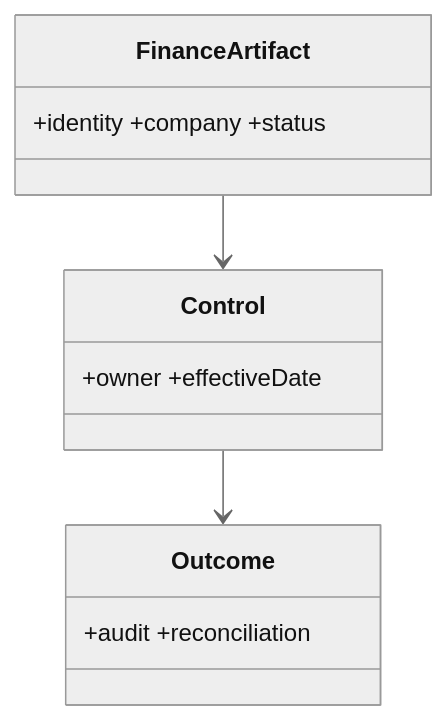
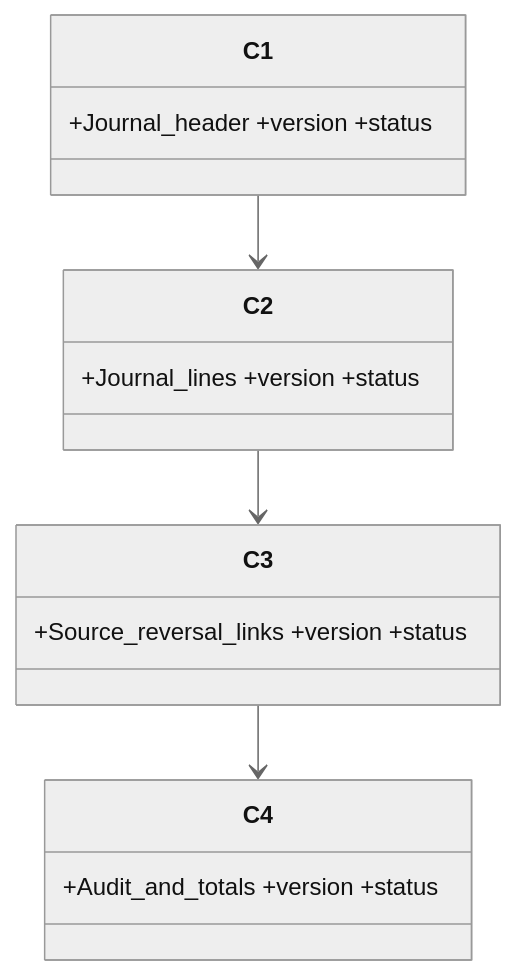
Before and after one commit to vakarkhan17/FlowCraft-Business-OS: the tenth of 46 diagrams in docs/blueprint/FCSB-Volume-14-Finance-Solution-Architecture.md, drawn with Mermaid (neutral theme). The commit also changed other lines of this file, not shown here.

Commit message:
docs(blueprint): rewrite FCSB Volume 14 finance architecture

```diff
--- a/docs/blueprint/FCSB-Volume-14-Finance-Solution-Architecture.md
+++ b/docs/blueprint/FCSB-Volume-14-Finance-Solution-Architecture.md
@@ -176,8 +188,10 @@
 ~~~mermaid
 classDiagram
-  class FinanceArtifact {+identity +company +status}
-  class Control {+owner +effectiveDate}
-  class Outcome {+audit +reconciliation}
-  FinanceArtifact --> Control
-  Control --> Outcome
+  class C1 {+Journal_header +version +status}
+  class C2 {+Journal_lines +version +status}
+  class C3 {+Source_reversal_links +version +status}
+  class C4 {+Audit_and_totals +version +status}
+  C1 --> C2
+  C2 --> C3
+  C3 --> C4
 ~~~
```
